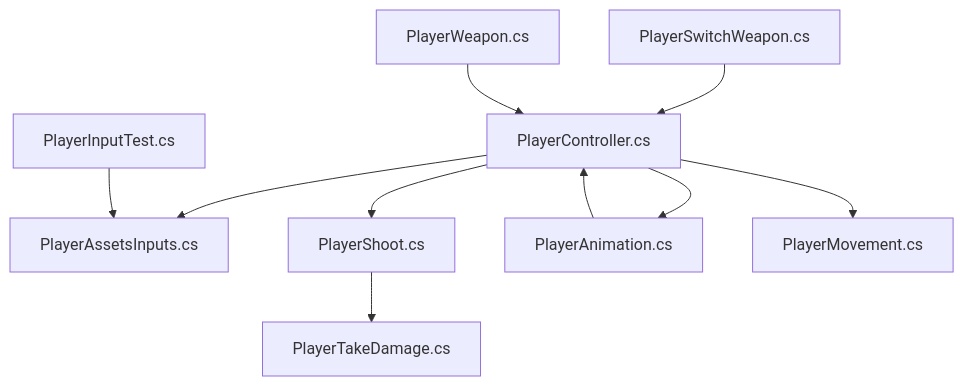
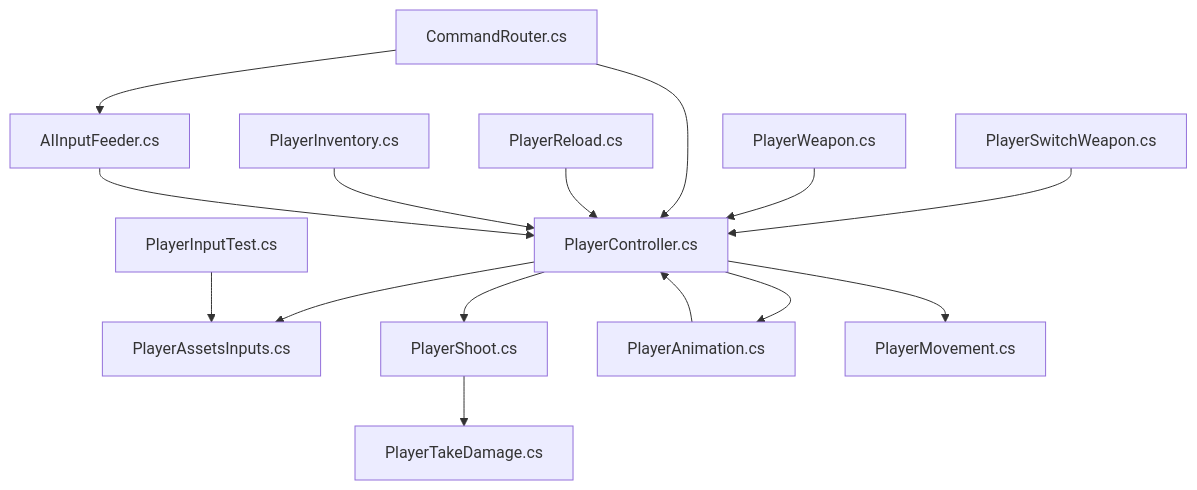
One commit to kandeng/openclaw_battle_game changed the first of 11 diagrams in .qoder/repowiki/en/content/Player System/Player System.md. Above: the diagram before and after it, drawn with Mermaid. The commit also changed other lines of this file and 20 other files, not shown here.

````diff
--- a/.qoder/repowiki/en/content/Player System/Player System.md
+++ b/.qoder/repowiki/en/content/Player System/Player System.md
@@ -42,21 +60,30 @@
 ```mermaid
 graph TB
 PC["PlayerController.cs"]
 PInputs["PlayerAssetsInputs.cs"]
 PShoot["PlayerShoot.cs"]
 PTakeD["PlayerTakeDamage.cs"]
 PAnim["PlayerAnimation.cs"]
 PMove["PlayerMovement.cs"]
 PSwitch["PlayerSwitchWeapon.cs"]
 PWeapon["PlayerWeapon.cs"]
 PInputTest["PlayerInputTest.cs"]
+CmdRouter["CommandRouter.cs"]
+PReload["PlayerReload.cs"]
+PInv["PlayerInventory.cs"]
+AIInput["AIInputFeeder.cs"]
 PC --> PInputs
 PC --> PAnim
 PC --> PMove
 PC --> PShoot
 PShoot --> PTakeD
 PAnim --> PC
 PSwitch --> PC
 PWeapon --> PC
 PInputTest --> PInputs
+CmdRouter --> PC
+CmdRouter --> AIInput
+PReload --> PC
+PInv --> PC
+AIInput --> PC
 ```
````
